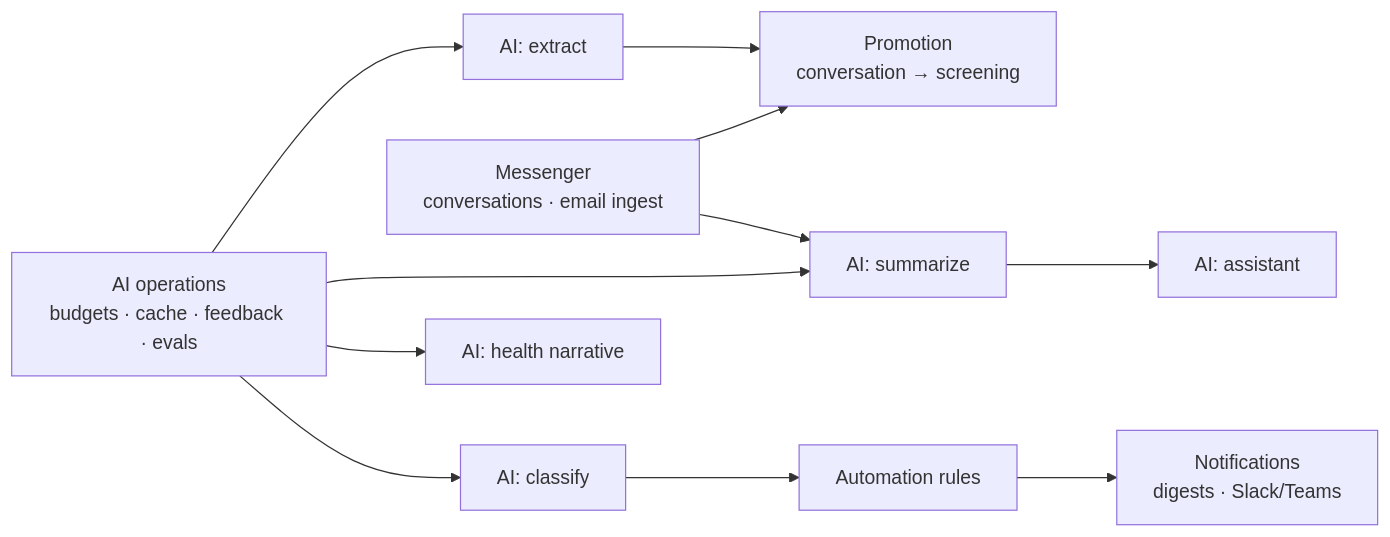
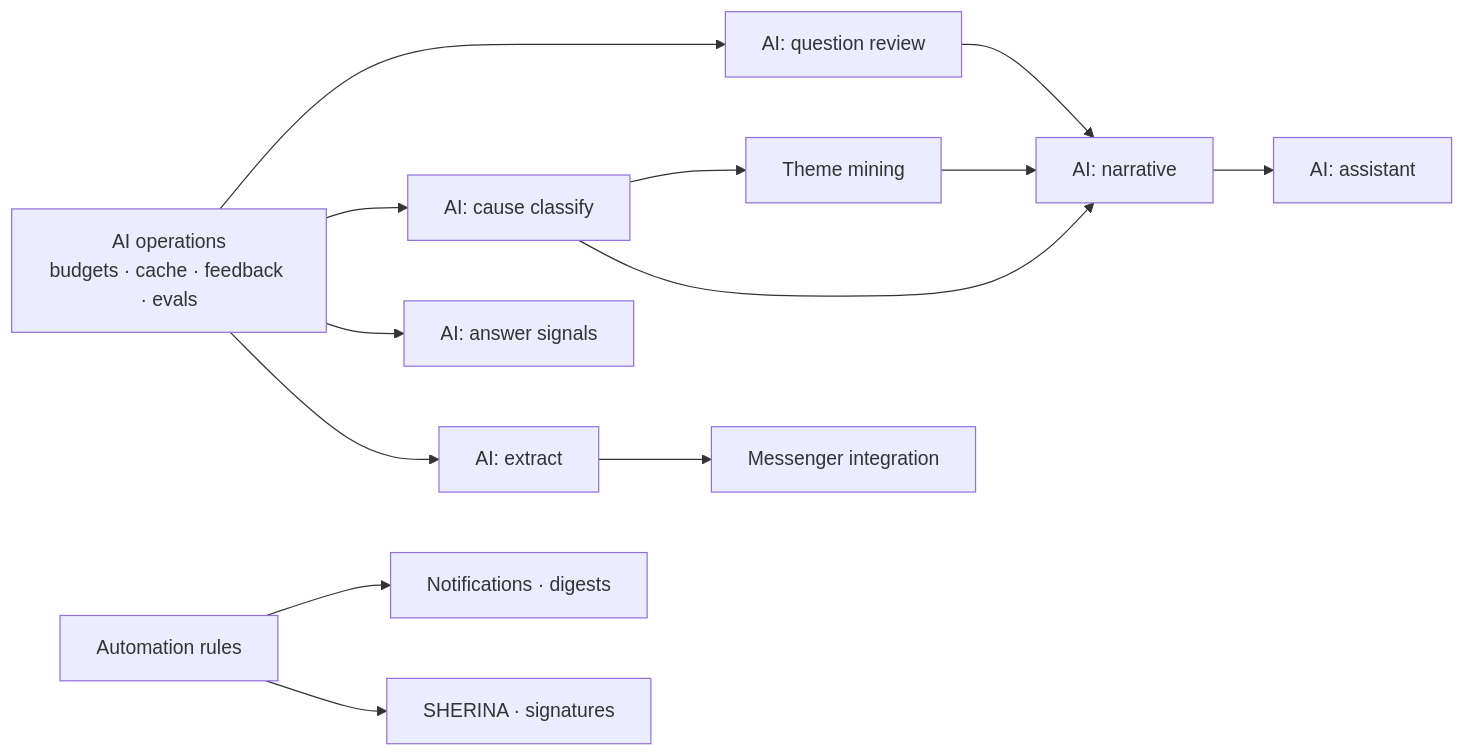
One commit to oasys-lightrees/MESSI changed the diagram in docs/12-phase-2-automation.md. Above: the diagram before and after it, drawn with Mermaid. The commit also changed other lines of this file and 6 other files, not shown here.

````diff
--- a/docs/12-phase-2-automation.md
+++ b/docs/12-phase-2-automation.md
@@ -32,13 +36,15 @@
 ```mermaid
 graph LR
-    M[Messenger<br/>conversations · email ingest] --> PR[Promotion<br/>conversation → screening]
-    OPS[AI operations<br/>budgets · cache · feedback · evals] --> EX[AI: extract]
-    OPS --> CL[AI: classify]
-    OPS --> SU[AI: summarize]
-    OPS --> HN[AI: health narrative]
-    M --> SU
-    EX --> PR
-    SU --> AS[AI: assistant]
-    RU[Automation rules] --> NO[Notifications<br/>digests · Slack/Teams]
-    CL --> RU
+    OPS["AI operations<br/>budgets · cache · feedback · evals"] --> QR["AI: question review"]
+    OPS --> CC["AI: cause classify"]
+    OPS --> AS["AI: answer signals"]
+    CC --> TM["Theme mining"]
+    TM --> NAR["AI: narrative"]
+    CC --> NAR
+    QR --> NAR
+    OPS --> EX["AI: extract"]
+    EX --> MSG["Messenger integration"]
+    RU["Automation rules"] --> NO["Notifications · digests"]
+    RU --> SH["SHERINA · signatures"]
+    NAR --> ASST["AI: assistant"]
 ```
````
